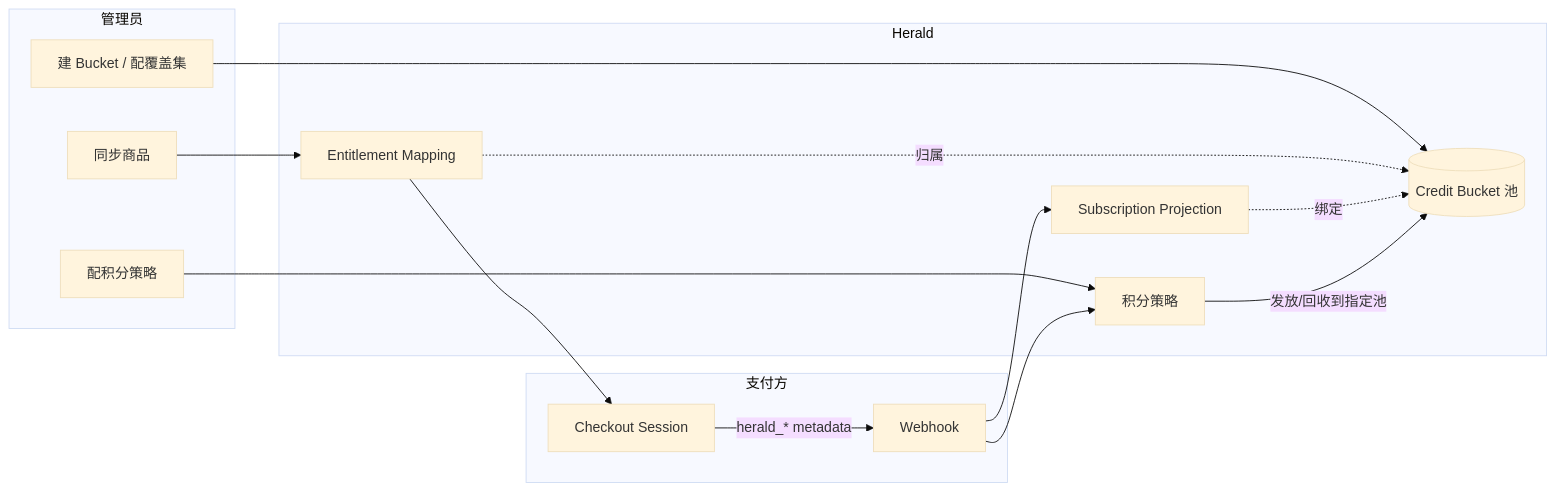
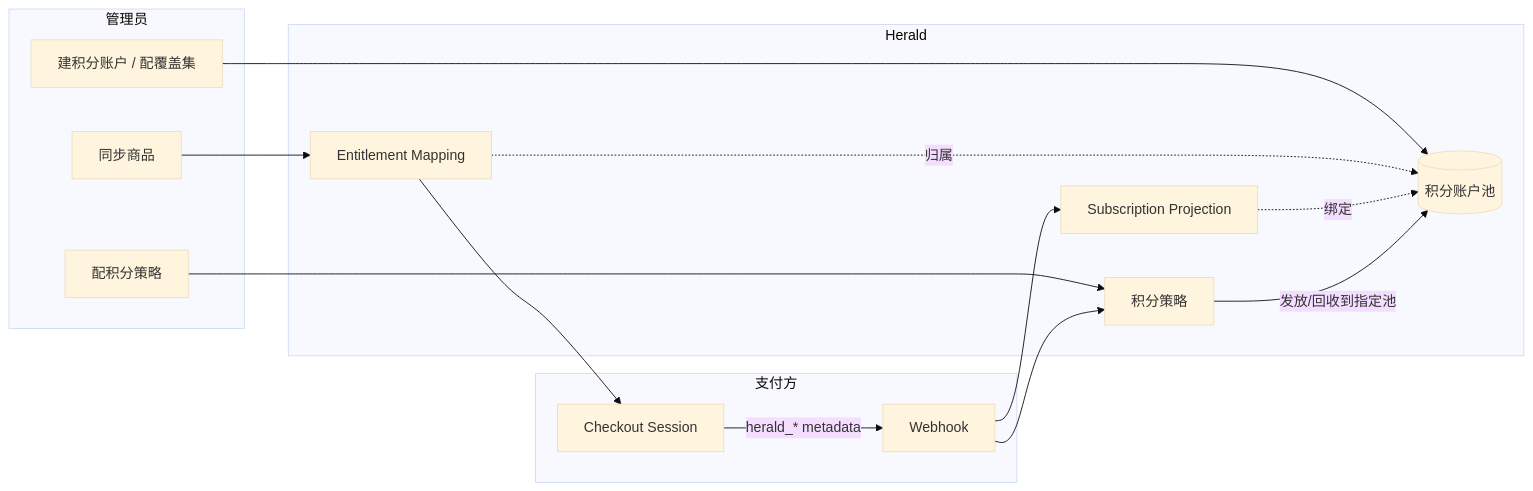
One commit to ansonTGN/herald changed the diagram in docs/tutorials/billing-overview.md. Above: the diagram before and after it, drawn with Mermaid (base theme). The commit also changed other lines of this file and 58 other files, not shown here.

````diff
--- a/docs/tutorials/billing-overview.md
+++ b/docs/tutorials/billing-overview.md
@@ -141,31 +141,31 @@
 ```mermaid
 flowchart LR
     subgraph 支付方
         CK[Checkout Session]
         WH[Webhook]
     end
 
     subgraph Herald
         EM[Entitlement Mapping]
         SP[Subscription Projection]
         PP[积分策略]
-        CB[(Credit Bucket 池)]
+        CB[(积分账户池)]
     end
 
     subgraph 管理员
         SYNC[同步商品]
-        BUCKET[建 Bucket / 配覆盖集]
+        BUCKET[建积分账户 / 配覆盖集]
         CFG[配积分策略]
     end
 
     BUCKET --> CB
     SYNC --> EM
     EM -. 归属 .-> CB
     CFG --> PP
     EM --> CK
     CK -->| herald_* metadata | WH
     WH --> SP
     SP -. 绑定 .-> CB
     WH --> PP
     PP -->| 发放/回收到指定池 | CB
 ```
````
